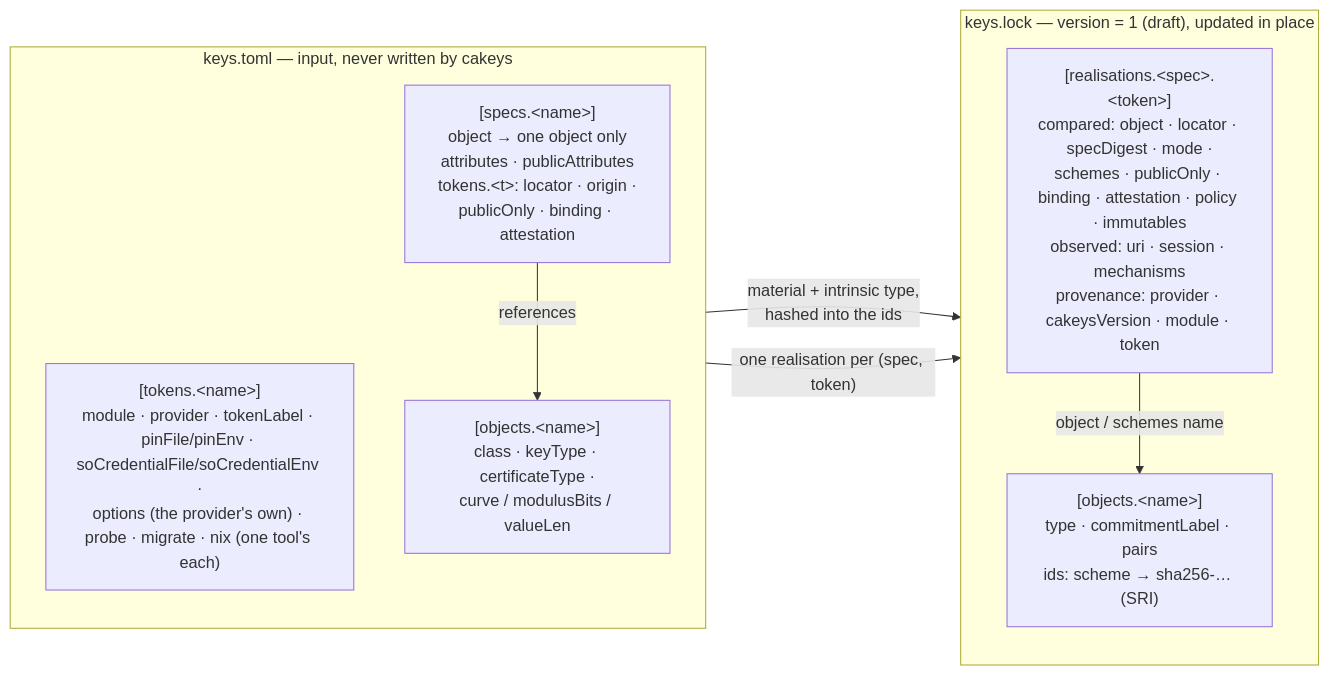
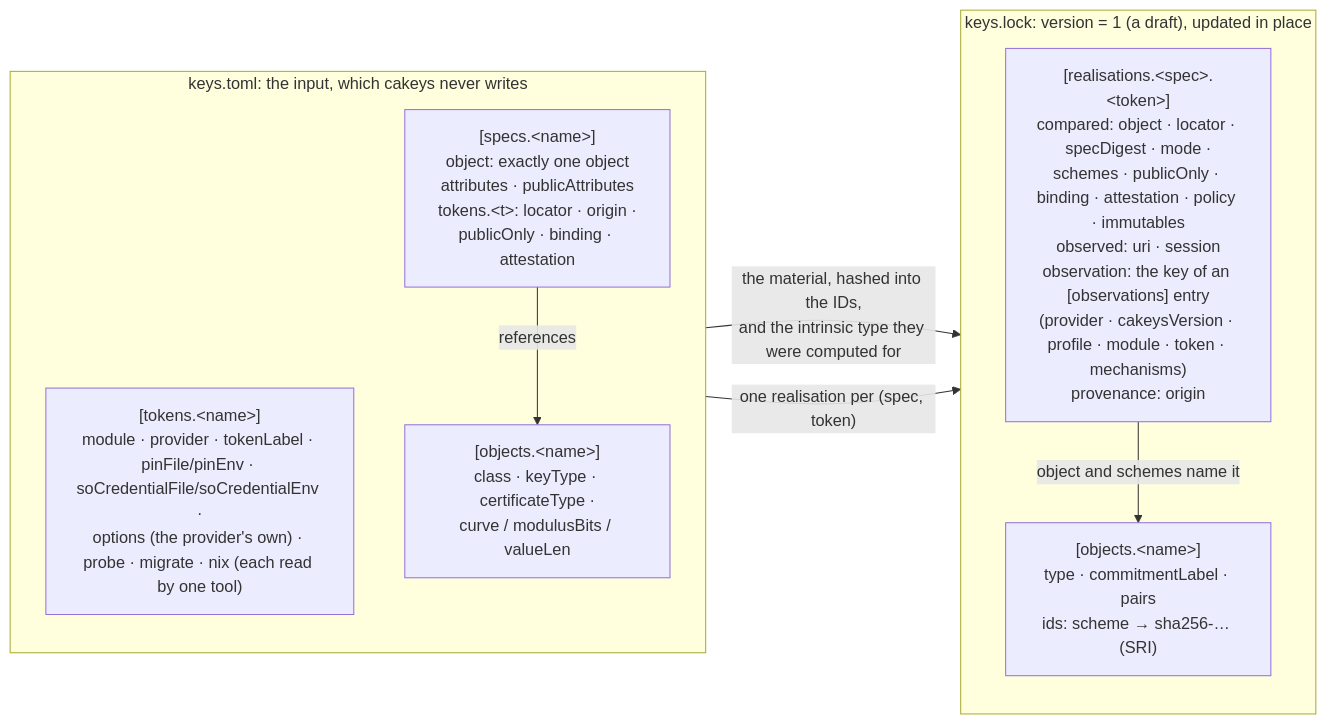
The first of 5 diagrams in docs/diagrams.md (Princemachiavelli/cakeys), drawn with Mermaid before and after one commit. The commit also changed other lines of this file, not shown here.

````diff
--- a/docs/diagrams.md
+++ b/docs/diagrams.md
@@ -12,20 +13,20 @@
 ```mermaid
 flowchart LR
-    subgraph TOML["keys.toml — input, never written by cakeys"]
+    subgraph TOML["keys.toml: the input, which cakeys never writes"]
         direction TB
-        T["[tokens.&lt;name&gt;]<br/>module · provider · tokenLabel · pinFile/pinEnv · soCredentialFile/soCredentialEnv ·<br/>options (the provider's own) · probe · migrate · nix (one tool's each)"]
+        T["[tokens.&lt;name&gt;]<br/>module · provider · tokenLabel · pinFile/pinEnv · soCredentialFile/soCredentialEnv ·<br/>options (the provider's own) · probe · migrate · nix (each read by one tool)"]
         O["[objects.&lt;name&gt;]<br/>class · keyType · certificateType ·<br/>curve / modulusBits / valueLen"]
-        S["[specs.&lt;name&gt;]<br/>object → one object only<br/>attributes · publicAttributes<br/>tokens.&lt;t&gt;: locator · origin ·<br/>publicOnly · binding · attestation"]
+        S["[specs.&lt;name&gt;]<br/>object: exactly one object<br/>attributes · publicAttributes<br/>tokens.&lt;t&gt;: locator · origin ·<br/>publicOnly · binding · attestation"]
         S -- references --> O
     end
 
-    subgraph LOCK["keys.lock — version = 1 (draft), updated in place"]
+    subgraph LOCK["keys.lock: version = 1 (a draft), updated in place"]
         direction TB
         LO["[objects.&lt;name&gt;]<br/>type · commitmentLabel · pairs<br/>ids: scheme → sha256-… (SRI)"]
-        LR["[realisations.&lt;spec&gt;.&lt;token&gt;]<br/>compared: object · locator · specDigest · mode ·<br/>schemes · publicOnly · binding · attestation · policy · immutables<br/>observed: uri · session · mechanisms<br/>provenance: provider · cakeysVersion · module · token"]
-        LR -- "object / schemes name" --> LO
+        LR["[realisations.&lt;spec&gt;.&lt;token&gt;]<br/>compared: object · locator · specDigest · mode ·<br/>schemes · publicOnly · binding · attestation · policy · immutables<br/>observed: uri · session<br/>observation: the key of an [observations] entry<br/>(provider · cakeysVersion · profile · module · token · mechanisms)<br/>provenance: origin"]
+        LR -- "object and schemes name it" --> LO
     end
 
-    O -- "material + intrinsic type,<br/>hashed into the ids" --> LO
+    O -- "the material, hashed into the IDs,<br/>and the intrinsic type they were computed for" --> LO
     S -- "one realisation per (spec, token)" --> LR
 ```
````
